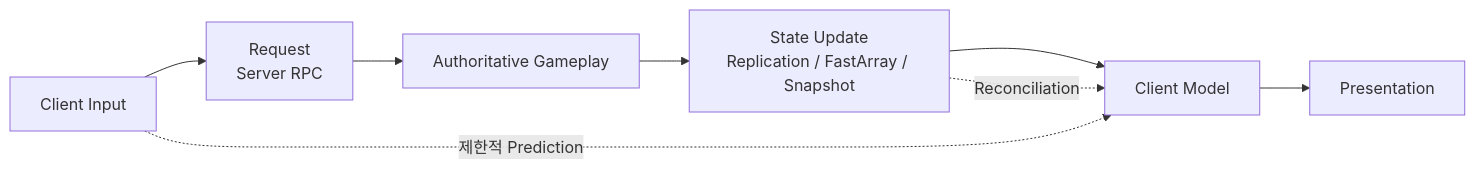
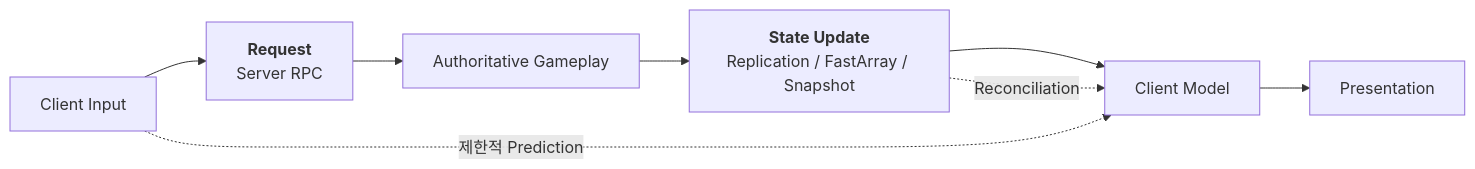
One commit to chungheonLee0325/Sonheim changed the diagram in Doc/Wiki/12_Multiplayer_Synchronization.md. Above: the diagram before and after it, drawn with Mermaid. The commit also changed other lines of this file, not shown here.

Commit message:
docs: standardize diagram labels and ui references

```diff
--- a/Doc/Wiki/12_Multiplayer_Synchronization.md
+++ b/Doc/Wiki/12_Multiplayer_Synchronization.md
@@ -17,18 +17,18 @@
 ~~~mermaid
 flowchart LR
     INPUT["Client Input"]
-    REQUEST["Request<br/>Server RPC"]
+    REQUEST["<b>Request</b><br/>Server RPC"]
     AUTH["Authoritative Gameplay"]
-    STATE["State Update<br/>Replication / FastArray / Snapshot"]
+    STATE["<b>State Update</b><br/>Replication / FastArray / Snapshot"]
     LOCAL["Client Model"]
     VIEW["Presentation"]
 
     INPUT --> REQUEST
     REQUEST --> AUTH
     AUTH --> STATE
     STATE --> LOCAL
     LOCAL --> VIEW
 
     INPUT -. "제한적 Prediction" .-> LOCAL
     STATE -. "Reconciliation" .-> LOCAL
 ~~~
```
